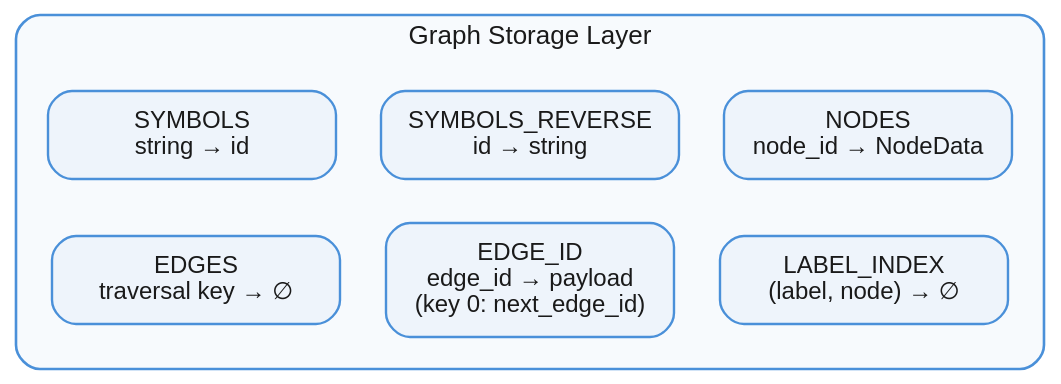
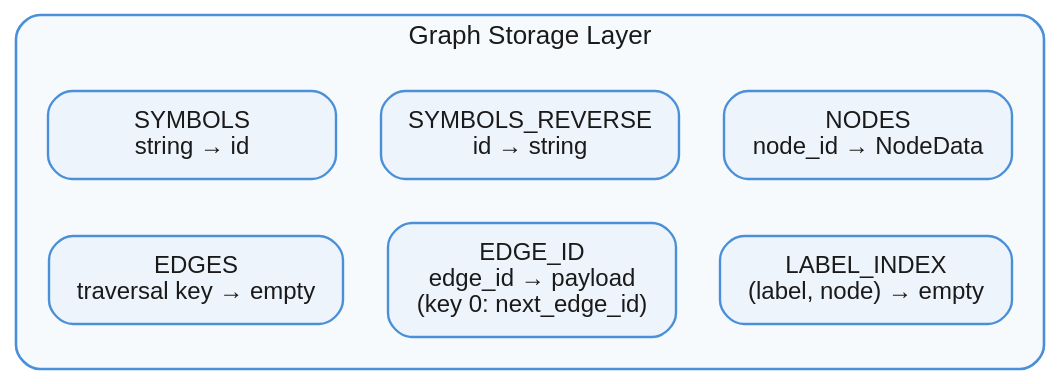
The diagram in book/diagrams/graph-storage-btrees.dot (jeffhajewski/latticedb), drawn with Graphviz before and after one commit. The commit also changed 1 other file, not shown here.

Commit message:
Spell out empty values in the graph storage diagram
The book's sans face has no glyph for the empty-set sign, so the
traversal and label trees printed with nothing after the arrow.

```diff
--- a/book/diagrams/graph-storage-btrees.dot
+++ b/book/diagrams/graph-storage-btrees.dot
@@ -1,34 +1,34 @@
 // The core graph is decomposed into six B+Trees, each tuned to one access
 // pattern. They are components of the storage layer, not stages in a flow, so
 // they are drawn as a container rather than a tree of edges.
 digraph graph_storage_btrees {
   bgcolor="transparent"
   rankdir=TB
   nodesep=0.3
   ranksep=0.3
   fontname="Helvetica,Arial,sans-serif"
   node [shape=box style="filled,rounded" fillcolor="#eef4fb" color="#4a90d9"
         penwidth=1.2 fontname="Helvetica,Arial,sans-serif" fontsize=12
         fontcolor="#1a1a1a" margin="0.20,0.12" width=2.0]
   edge [style=invis]
 
   subgraph cluster_layer {
     label="Graph Storage Layer"
     labelloc=t
     fontname="Helvetica,Arial,sans-serif" fontsize=13 fontcolor="#1a1a1a"
     color="#4a90d9" penwidth=1.3 style=rounded bgcolor="#f7fafd" margin=16
 
     symbols  [label="SYMBOLS\nstring → id"]
     symrev   [label="SYMBOLS_REVERSE\nid → string"]
     nodes    [label="NODES\nnode_id → NodeData"]
-    edges_t  [label="EDGES\ntraversal key → ∅"]
+    edges_t  [label="EDGES\ntraversal key → empty"]
     edge_ids [label="EDGE_ID\nedge_id → payload\n(key 0: next_edge_id)"]
-    labels   [label="LABEL_INDEX\n(label, node) → ∅"]
+    labels   [label="LABEL_INDEX\n(label, node) → empty"]
 
     { rank=same; symbols -> symrev -> nodes }
     { rank=same; edges_t -> edge_ids -> labels }
     symbols -> edges_t
     symrev  -> edge_ids
     nodes   -> labels
   }
 }
```
